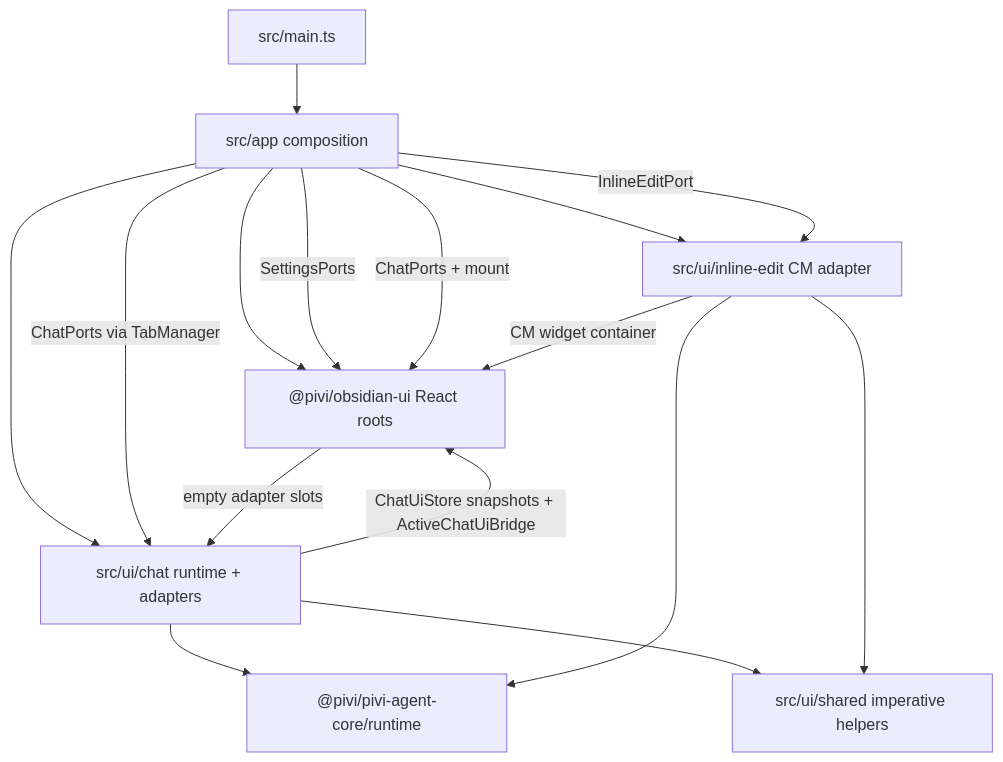
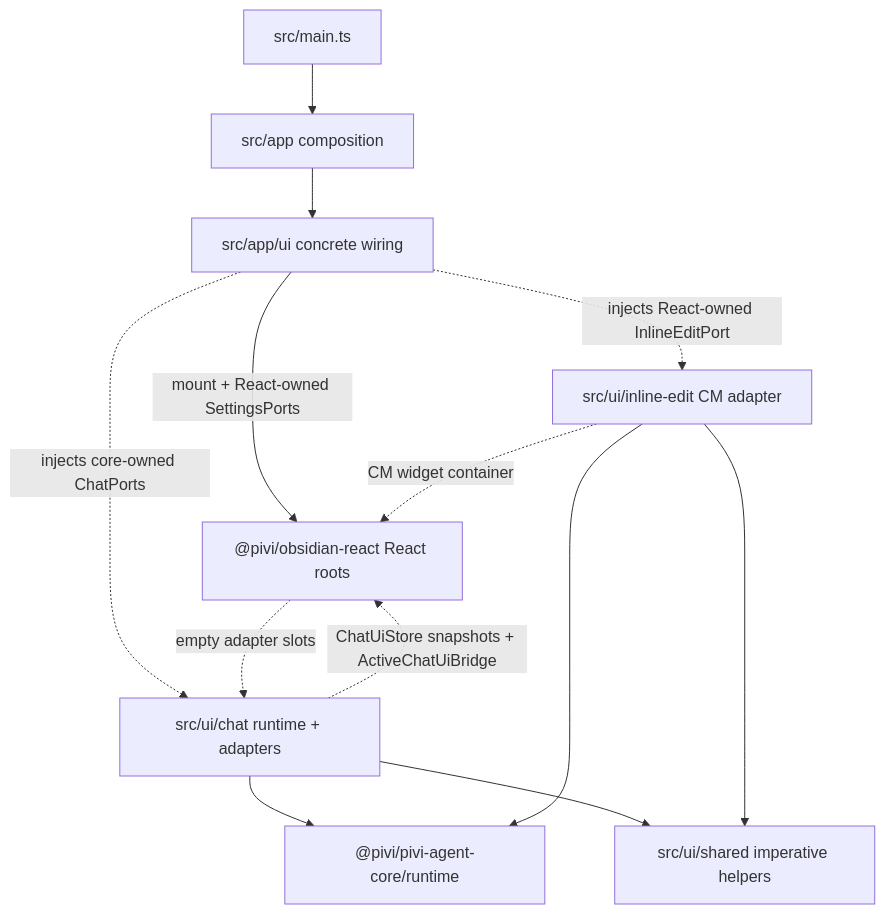
Before and after one commit to shuuul/obsidian-pivi: the diagram in src/ui/AGENTS.md, drawn with Mermaid. The commit also changed other lines of this file and 335 other files, not shown here.

First line of the commit message:
refactor(architecture): enforce package and UI boundaries

````diff
--- a/src/ui/AGENTS.md
+++ b/src/ui/AGENTS.md
@@ -13,18 +13,15 @@
 ```mermaid
 flowchart TD
   Main["src/main.ts"] --> App["src/app composition"]
-  App --> ReactUI["@pivi/obsidian-ui React roots"]
-  App --> Chat["src/ui/chat runtime + adapters"]
-  App --> Inline["src/ui/inline-edit CM adapter"]
-  App -- "SettingsPorts" --> ReactUI
-  App -- "ChatPorts + mount" --> ReactUI
-  App -- "ChatPorts via TabManager" --> Chat
-  App -- "InlineEditPort" --> Inline
-  Chat -- "ChatUiStore snapshots + ActiveChatUiBridge" --> ReactUI
-  ReactUI -- "empty adapter slots" --> Chat
-  Inline -- "CM widget container" --> ReactUI
+  App --> AppUI["src/app/ui concrete wiring"]
+  AppUI -- "mount + React-owned SettingsPorts" --> ReactUI["@pivi/obsidian-react React roots"]
+  AppUI -. "injects core-owned ChatPorts" .-> Chat["src/ui/chat runtime + adapters"]
+  AppUI -. "injects React-owned InlineEditPort" .-> Inline["src/ui/inline-edit CM adapter"]
+  Chat -. "ChatUiStore snapshots + ActiveChatUiBridge" .-> ReactUI
+  ReactUI -. "empty adapter slots" .-> Chat
+  Inline -. "CM widget container" .-> ReactUI
   Chat --> Runtime["@pivi/pivi-agent-core/runtime"]
   Inline --> Runtime
   Chat --> Shared["src/ui/shared imperative helpers"]
   Inline --> Shared
 ```
````
